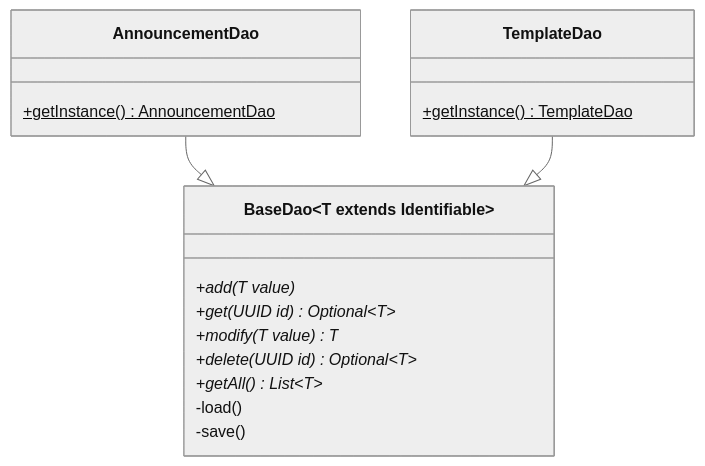
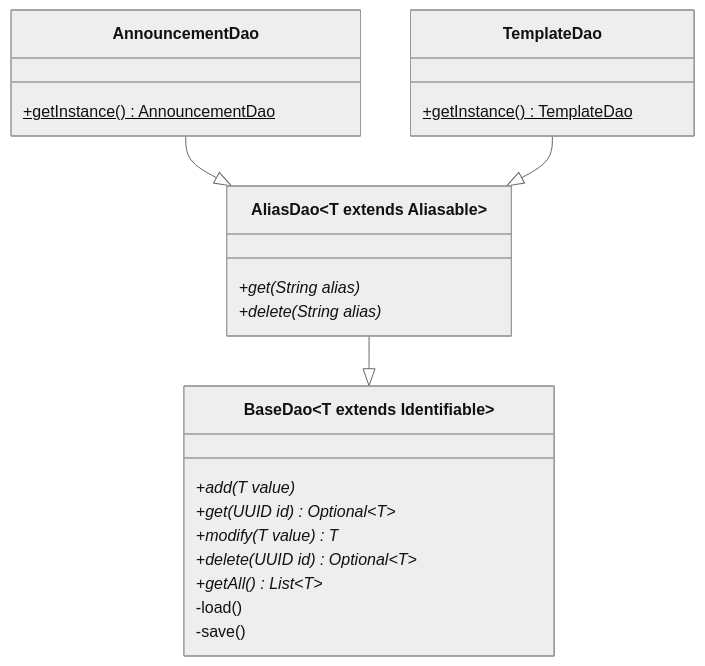
Before and after one commit to nanoyou/MaidNana: the second of 3 diagrams in docs/class-diagram.md, drawn with Mermaid (neutral theme). The commit also changed other lines of this file, not shown here.

````diff
--- a/docs/class-diagram.md
+++ b/docs/class-diagram.md
@@ -39,20 +41,25 @@
 ```mermaid
 classDiagram
 class BaseDao~T extends Identifiable~ {
     +add(T value)*
     +get(UUID id)* Optional~T~
     +modify(T value)* T
     +delete(UUID id)* Optional~T~
     +getAll()* List~T~
     -load()
     -save()
 }
+class AliasDao~T extends Aliasable~ {
+    +get(String alias)*
+    +delete(String alias)*
+}
+AliasDao --|> BaseDao
 class AnnouncementDao {
     +getInstance()$ AnnouncementDao
 }
-AnnouncementDao --|> BaseDao
+AnnouncementDao --|> AliasDao
 class TemplateDao {
     +getInstance()$ TemplateDao
 }
-TemplateDao --|> BaseDao
+TemplateDao --|> AliasDao
 ```
````
